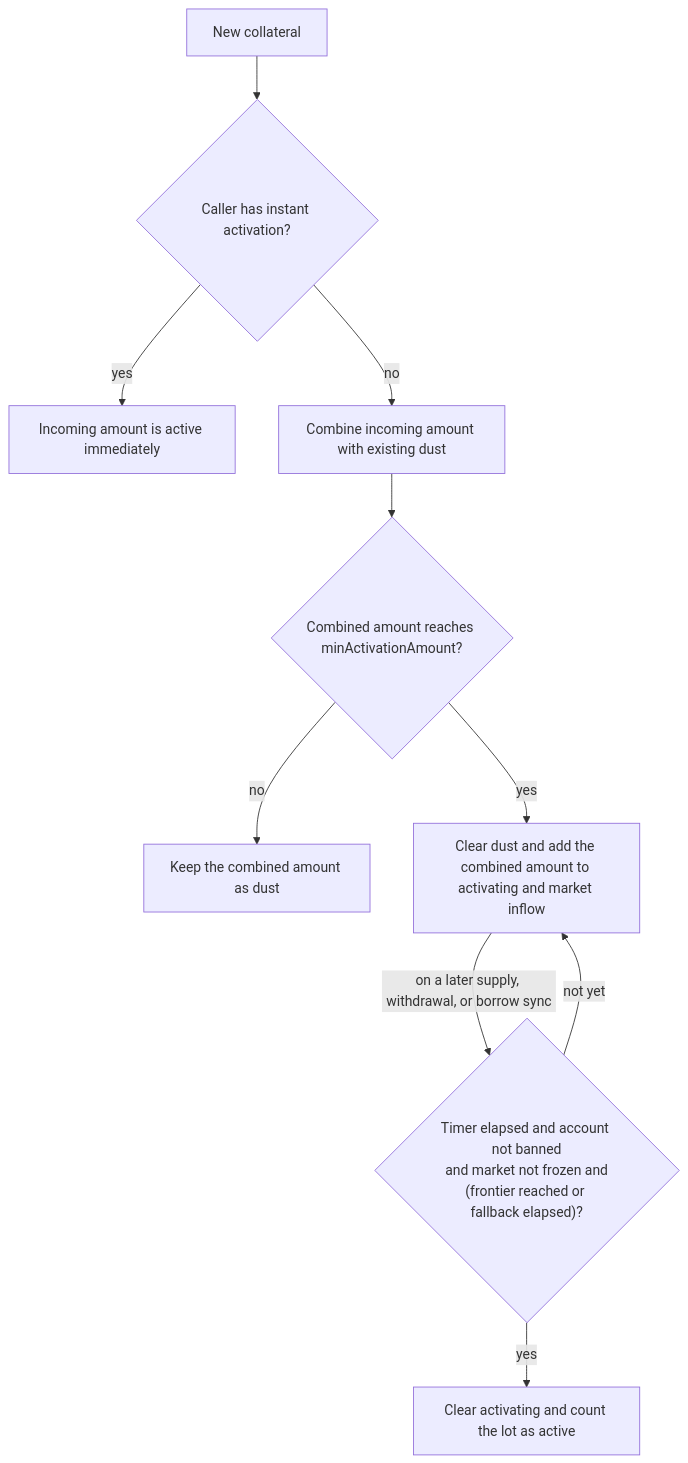
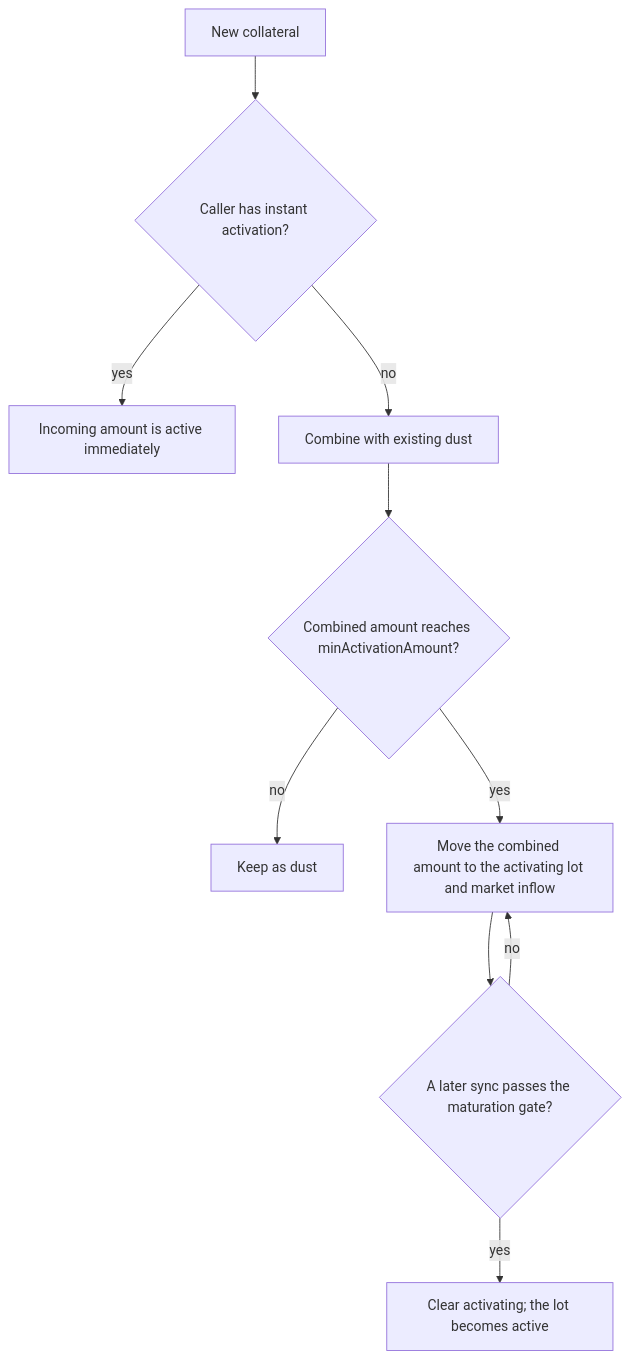
Before and after one commit to lidofinance/lend-markets: the diagram in docs/specs/market-controller.md, drawn with Mermaid. The commit also changed other lines of this file and 6 other files, not shown here.

````diff
--- a/docs/specs/market-controller.md
+++ b/docs/specs/market-controller.md
@@ -69,12 +82,12 @@
 ```mermaid
 flowchart TD
     Incoming["New collateral"] --> Instant{"Caller has instant activation?"}
     Instant -->|"yes"| Active["Incoming amount is active immediately"]
-    Instant -->|"no"| Combine["Combine incoming amount with existing dust"]
+    Instant -->|"no"| Combine["Combine with existing dust"]
     Combine --> Threshold{"Combined amount reaches minActivationAmount?"}
-    Threshold -->|"no"| Dust["Keep the combined amount as dust"]
-    Threshold -->|"yes"| Activating["Clear dust and add the combined amount to activating and market inflow"]
-    Activating -->|"on a later supply, withdrawal, or borrow sync"| Gate{"Timer elapsed and account not banned<br/>and market not frozen and<br/>(frontier reached or fallback elapsed)?"}
-    Gate -->|"not yet"| Activating
-    Gate -->|"yes"| Mature["Clear activating and count the lot as active"]
+    Threshold -->|"no"| Dust["Keep as dust"]
+    Threshold -->|"yes"| Activating["Move the combined amount to the activating lot and market inflow"]
+    Activating --> Gate{"A later sync passes the maturation gate?"}
+    Gate -->|"no"| Activating
+    Gate -->|"yes"| Mature["Clear activating; the lot becomes active"]
 ```
````
